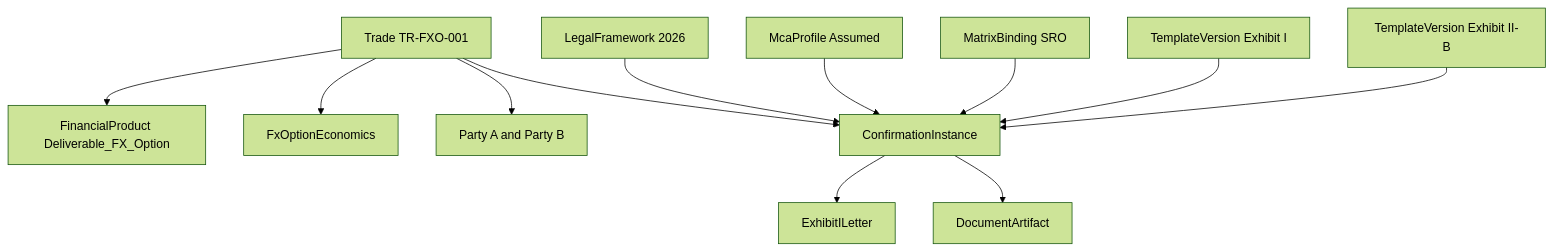
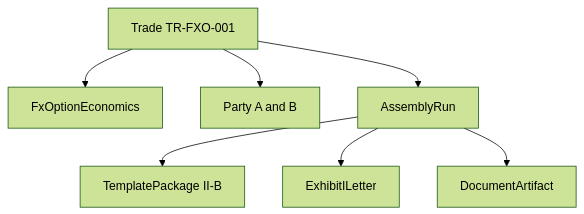
Before and after one commit to dae-nan/con4m8ions: diagram 13 of 15 in docs/prd-cdu-ps-v1.md, drawn with Mermaid (forest theme). The commit also changed other lines of this file and 6 other files, not shown here.

First line of the commit message:
PRD v1.3: target arch, DDD, timeline, TemplatePackage LDM

````diff
--- a/docs/prd-cdu-ps-v1.md
+++ b/docs/prd-cdu-ps-v1.md
@@ -532,27 +622,16 @@
 ```mermaid
 flowchart TB
   TR[Trade TR-FXO-001]
-  FP[FinancialProduct Deliverable_FX_Option]
   ECO[FxOptionEconomics]
-  PAR[Party A and Party B]
-  LF[LegalFramework 2026]
-  MCA[McaProfile Assumed]
-  MX[MatrixBinding SRO]
-  TVI[TemplateVersion Exhibit I]
-  TVB[TemplateVersion Exhibit II-B]
-  CI[ConfirmationInstance]
+  PAR[Party A and B]
+  PKG[TemplatePackage II-B]
+  AR[AssemblyRun]
   LETTER[ExhibitILetter]
   DA[DocumentArtifact]
-
-  TR --> FP
   TR --> ECO
   TR --> PAR
-  TR --> CI
-  LF --> CI
-  MCA --> CI
-  MX --> CI
-  TVI --> CI
-  TVB --> CI
-  CI --> LETTER
-  CI --> DA
+  TR --> AR
+  AR --> PKG
+  AR --> LETTER
+  AR --> DA
 ```
````
